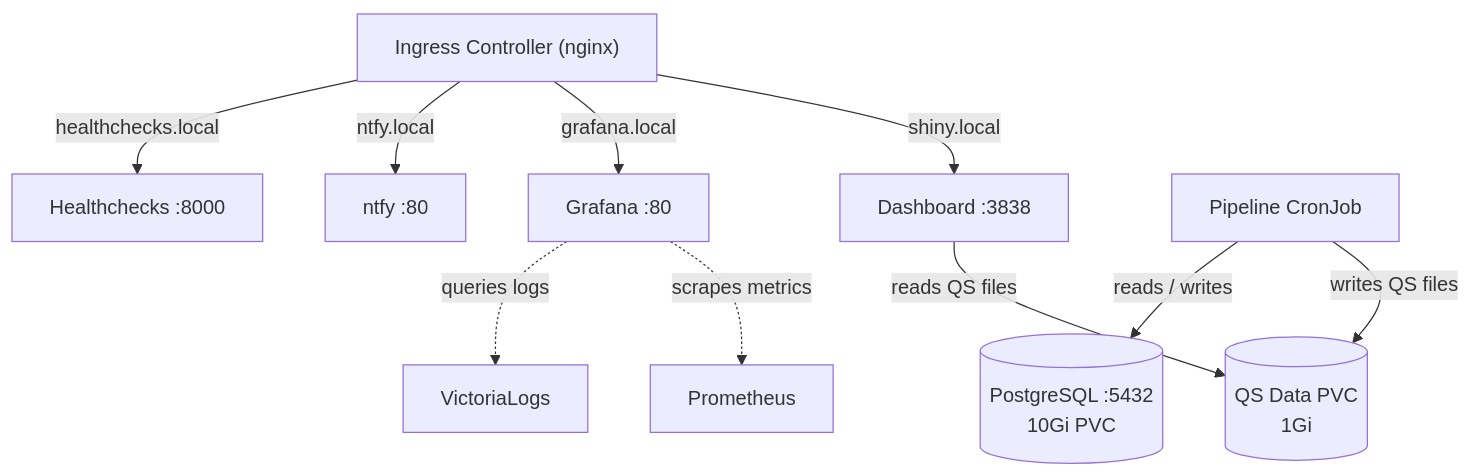
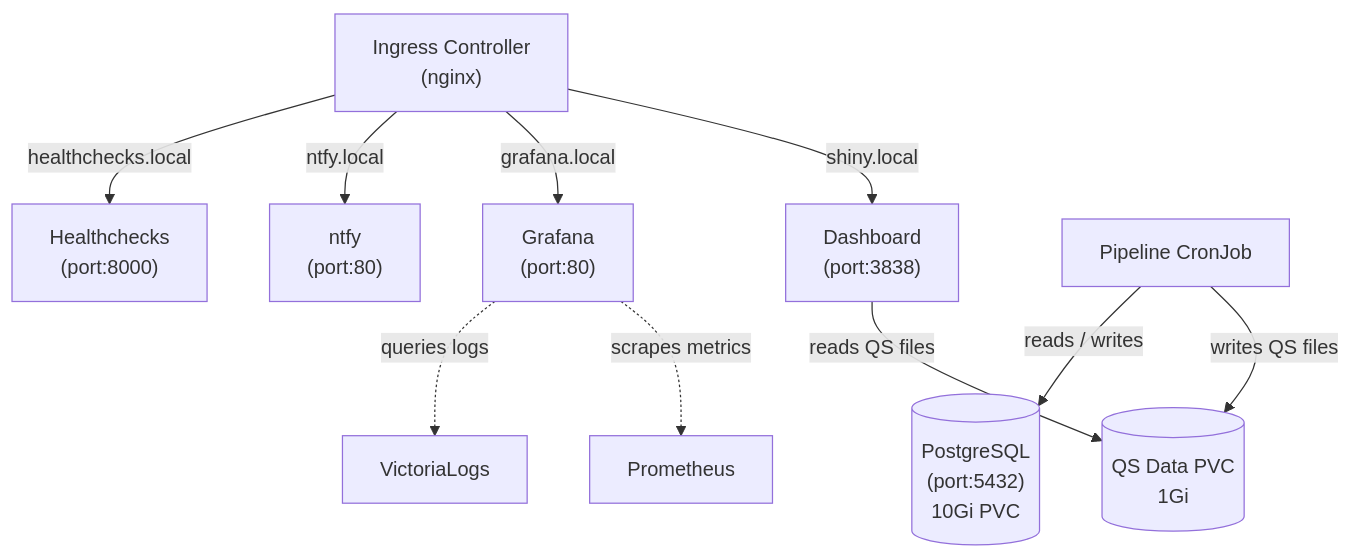
The first of 3 diagrams in docs/kubernetes-cluster-overview.md (mathieubpoiriericm/icm-dashboard), drawn with Mermaid before and after one commit.

Commit message:
Minor edits

````diff
--- a/docs/kubernetes-cluster-overview.md
+++ b/docs/kubernetes-cluster-overview.md
@@ -53,16 +53,16 @@
 ```mermaid
 graph TD
-    ingress["Ingress Controller (nginx)"]
+    ingress["Ingress Controller<br/>(nginx)"]
 
-    ingress -- "shiny.local" --> dashboard["Dashboard :3838"]
-    ingress -- "grafana.local" --> grafana["Grafana :80"]
-    ingress -- "ntfy.local" --> ntfy["ntfy :80"]
-    ingress -- "healthchecks.local" --> healthchecks["Healthchecks :8000"]
+    ingress -- "shiny.local" --> dashboard["Dashboard<br/>(port:3838)"]
+    ingress -- "grafana.local" --> grafana["Grafana<br/>(port:80)"]
+    ingress -- "ntfy.local" --> ntfy["ntfy<br/>(port:80)"]
+    ingress -- "healthchecks.local" --> healthchecks["Healthchecks<br/>(port:8000)"]
 
     dashboard -- "reads QS files" --> qspvc[("QS Data PVC<br/>1Gi")]
     pipeline["Pipeline CronJob"] -- "writes QS files" --> qspvc
-    pipeline -- "reads / writes" --> postgresql[("PostgreSQL :5432<br/>10Gi PVC")]
+    pipeline -- "reads / writes" --> postgresql[("PostgreSQL<br/>(port:5432)<br/>10Gi PVC")]
 
     grafana -. "scrapes metrics" .-> prometheus["Prometheus"]
     grafana -. "queries logs" .-> victorialogs["VictoriaLogs"]
 ```
````
